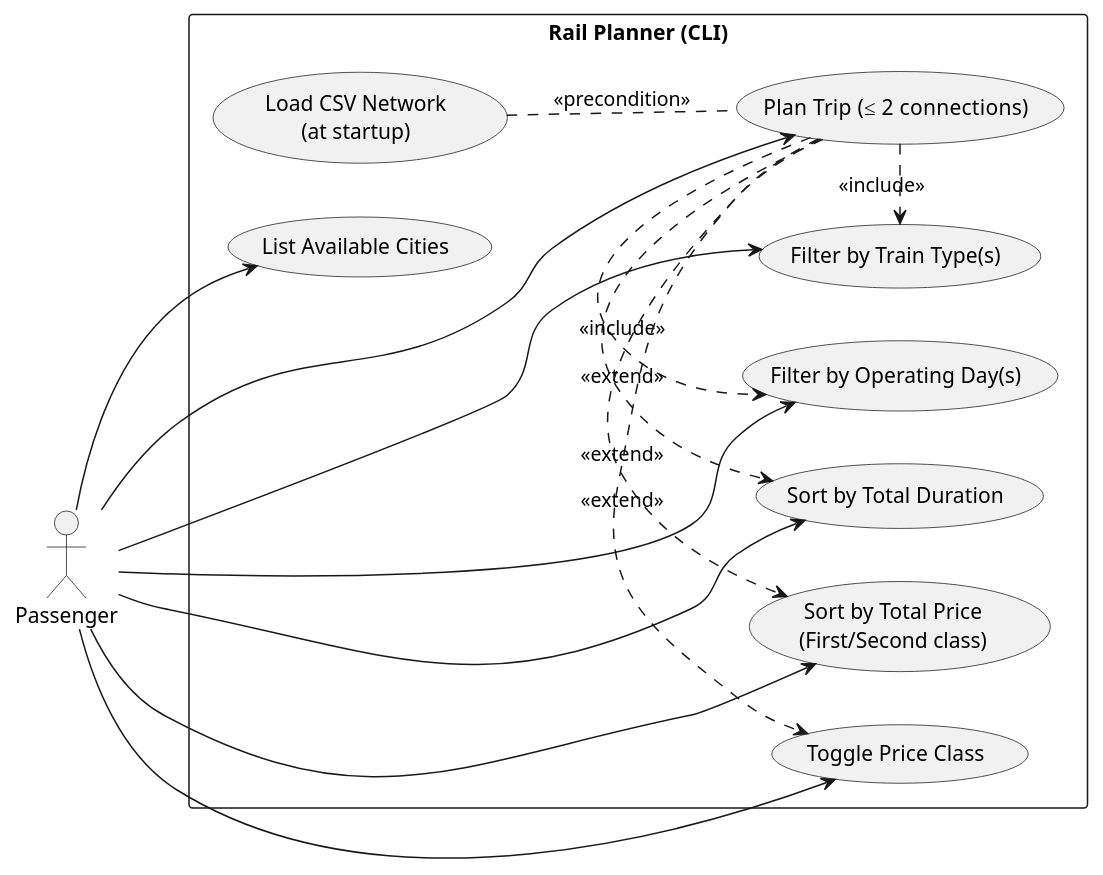
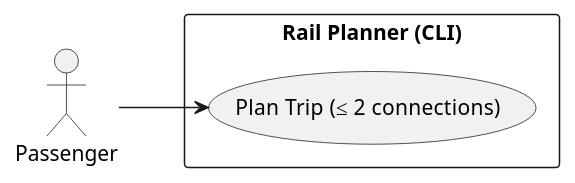
One commit to SamuelVachon/SOEN342 changed the diagram in src/Iteration_1/docs/UMLs/UseCase.puml. Above: the diagram before and after it, drawn with PlantUML. The commit also changed 6 other files, not shown here.

```diff
--- a/src/Iteration_1/docs/UMLs/UseCase.puml
+++ b/src/Iteration_1/docs/UMLs/UseCase.puml
@@ -1,30 +1,11 @@
 @startuml use case diagram
 left to right direction
 actor Passenger as User
 
 rectangle "Rail Planner (CLI)" {
-  usecase "Load CSV Network\n(at startup)" as UC_Load
-  usecase "List Available Cities" as UC_List
   usecase "Plan Trip (≤ 2 connections)" as UC_Plan
-  usecase "Filter by Train Type(s)" as UC_FilterType
-  usecase "Filter by Operating Day(s)" as UC_FilterDay
-  usecase "Sort by Total Duration" as UC_SortDur
-  usecase "Sort by Total Price\n(First/Second class)" as UC_SortPrice
-  usecase "Toggle Price Class" as UC_Toggle
 }
 
-User --> UC_List
 User --> UC_Plan
-User --> UC_SortDur
-User --> UC_SortPrice
-User --> UC_Toggle
-User --> UC_FilterType
-User --> UC_FilterDay
 
-UC_Plan .> UC_FilterType : <<include>>
-UC_Plan .> UC_FilterDay  : <<include>>
-UC_Plan .> UC_SortDur    : <<extend>>
-UC_Plan .> UC_SortPrice  : <<extend>>
-UC_Plan .> UC_Toggle     : <<extend>>
-UC_Load .. UC_Plan       : <<precondition>>
 @enduml
```
